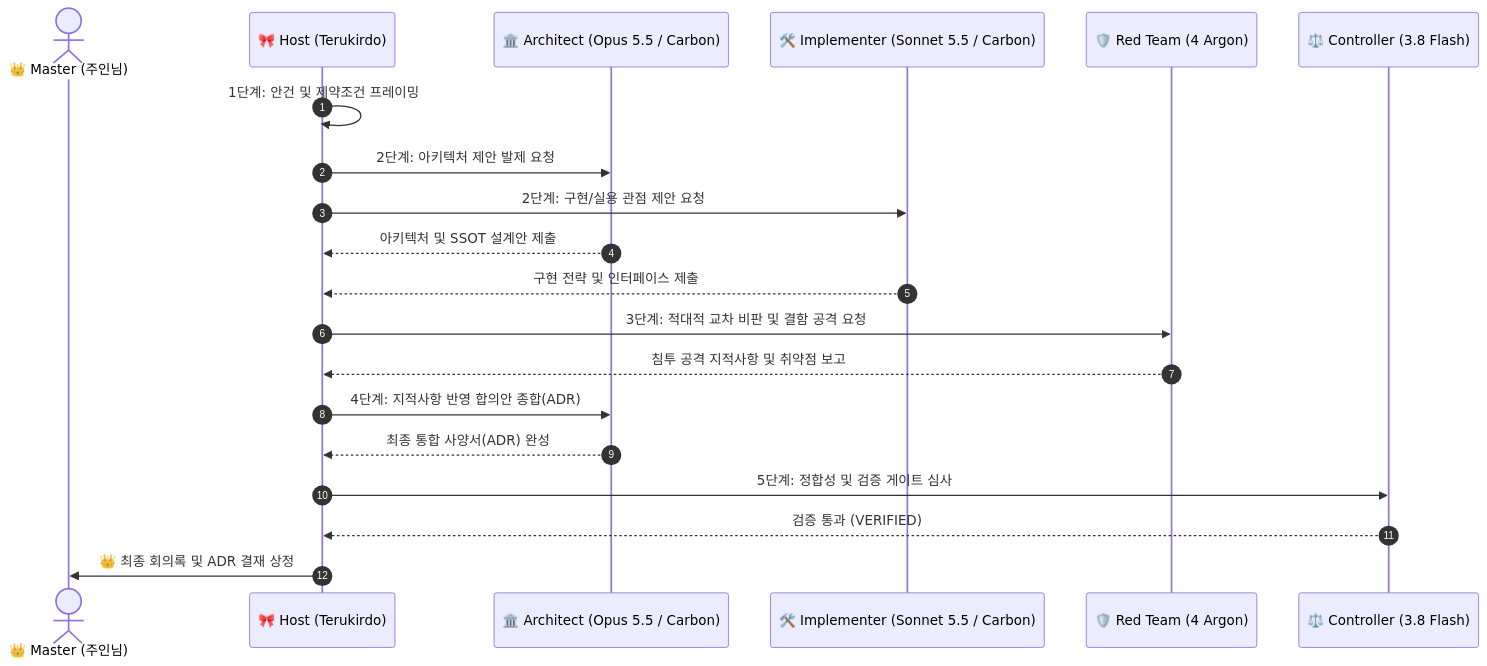
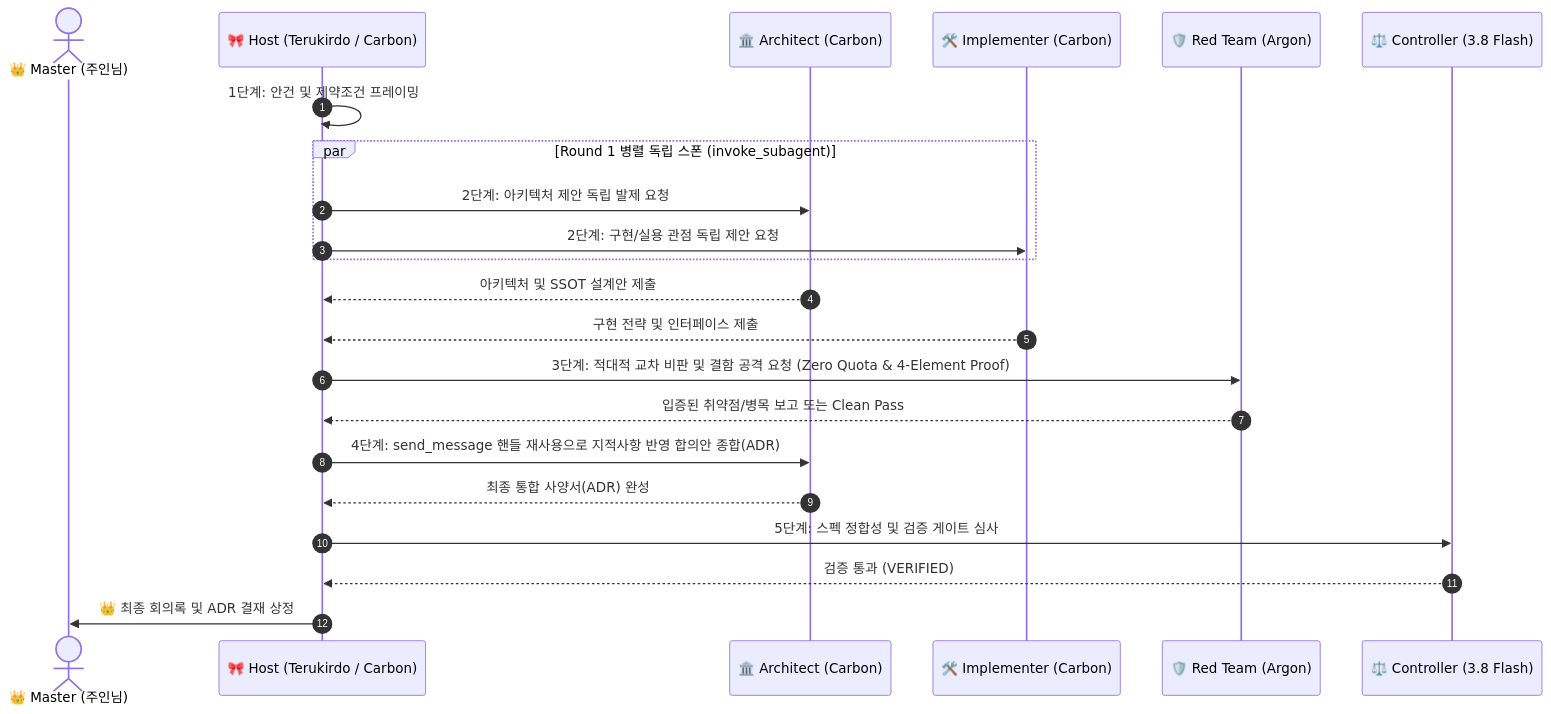
One commit to Terkiss/Terkirdo changed the diagram in .agents/skills/multi-agent-conference/SKILL.md. Above: the diagram before and after it, drawn with Mermaid. The commit also changed other lines of this file and 40 other files, not shown here.

````diff
--- a/.agents/skills/multi-agent-conference/SKILL.md
+++ b/.agents/skills/multi-agent-conference/SKILL.md
@@ -38,23 +39,25 @@
 ```mermaid
 sequenceDiagram
     autonumber
     actor Master as 👑 Master (주인님)
-    participant Host as 🎀 Host (Terukirdo)
-    participant Arch as 🏛️ Architect (Opus 5.5 / Carbon)
-    participant Impl as 🛠️ Implementer (Sonnet 5.5 / Carbon)
-    participant Red as 🛡️ Red Team (4 Argon)
+    participant Host as 🎀 Host (Terukirdo / Carbon)
+    participant Arch as 🏛️ Architect (Carbon)
+    participant Impl as 🛠️ Implementer (Carbon)
+    participant Red as 🛡️ Red Team (Argon)
     participant Flash as ⚖️ Controller (3.8 Flash)
 
     Host->>Host: 1단계: 안건 및 제약조건 프레이밍
-    Host->>Arch: 2단계: 아키텍처 제안 발제 요청
-    Host->>Impl: 2단계: 구현/실용 관점 제안 요청
+    par Round 1 병렬 독립 스폰 (invoke_subagent)
+        Host->>Arch: 2단계: 아키텍처 제안 독립 발제 요청
+        Host->>Impl: 2단계: 구현/실용 관점 독립 제안 요청
+    end
     Arch-->>Host: 아키텍처 및 SSOT 설계안 제출
     Impl-->>Host: 구현 전략 및 인터페이스 제출
-    Host->>Red: 3단계: 적대적 교차 비판 및 결함 공격 요청
-    Red-->>Host: 침투 공격 지적사항 및 취약점 보고
-    Host->>Arch: 4단계: 지적사항 반영 합의안 종합(ADR)
+    Host->>Red: 3단계: 적대적 교차 비판 및 결함 공격 요청 (Zero Quota & 4-Element Proof)
+    Red-->>Host: 입증된 취약점/병목 보고 또는 Clean Pass
+    Host->>Arch: 4단계: send_message 핸들 재사용으로 지적사항 반영 합의안 종합(ADR)
     Arch-->>Host: 최종 통합 사양서(ADR) 완성
-    Host->>Flash: 5단계: 정합성 및 검증 게이트 심사
+    Host->>Flash: 5단계: 스펙 정합성 및 검증 게이트 심사
     Flash-->>Host: 검증 통과 (VERIFIED)
     Host->>Master: 👑 최종 회의록 및 ADR 결재 상정
 ```
````
